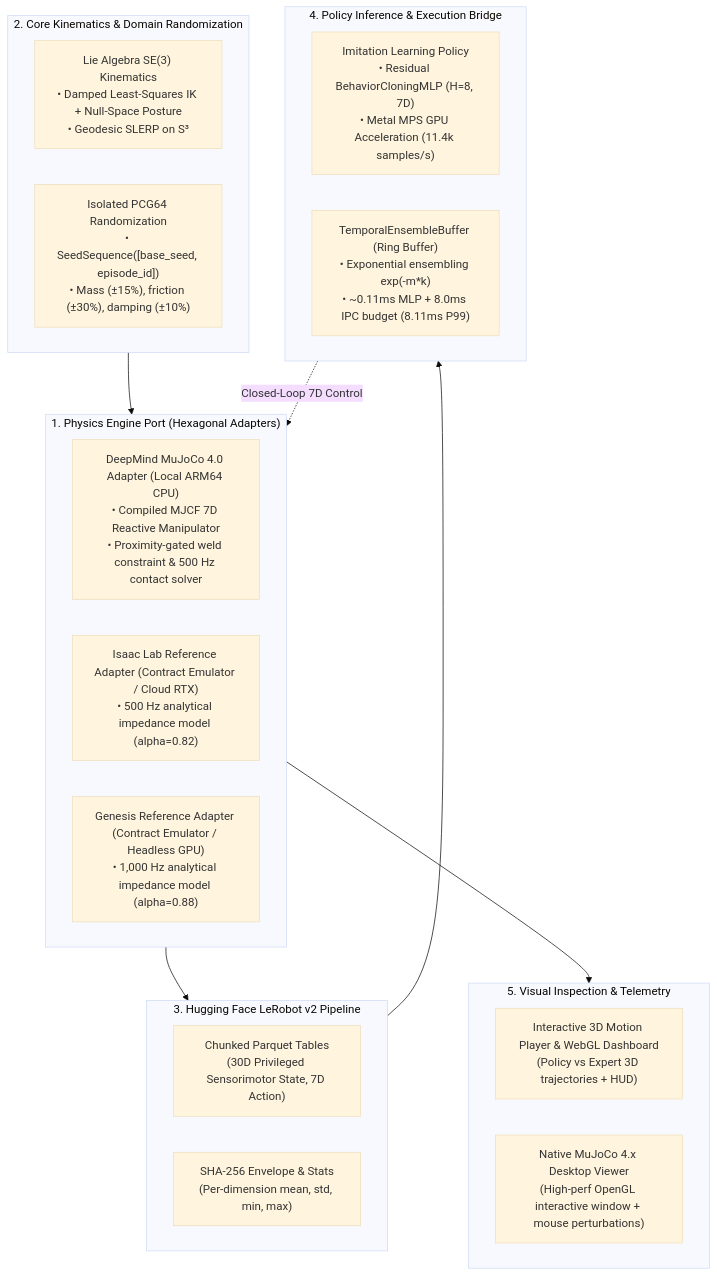
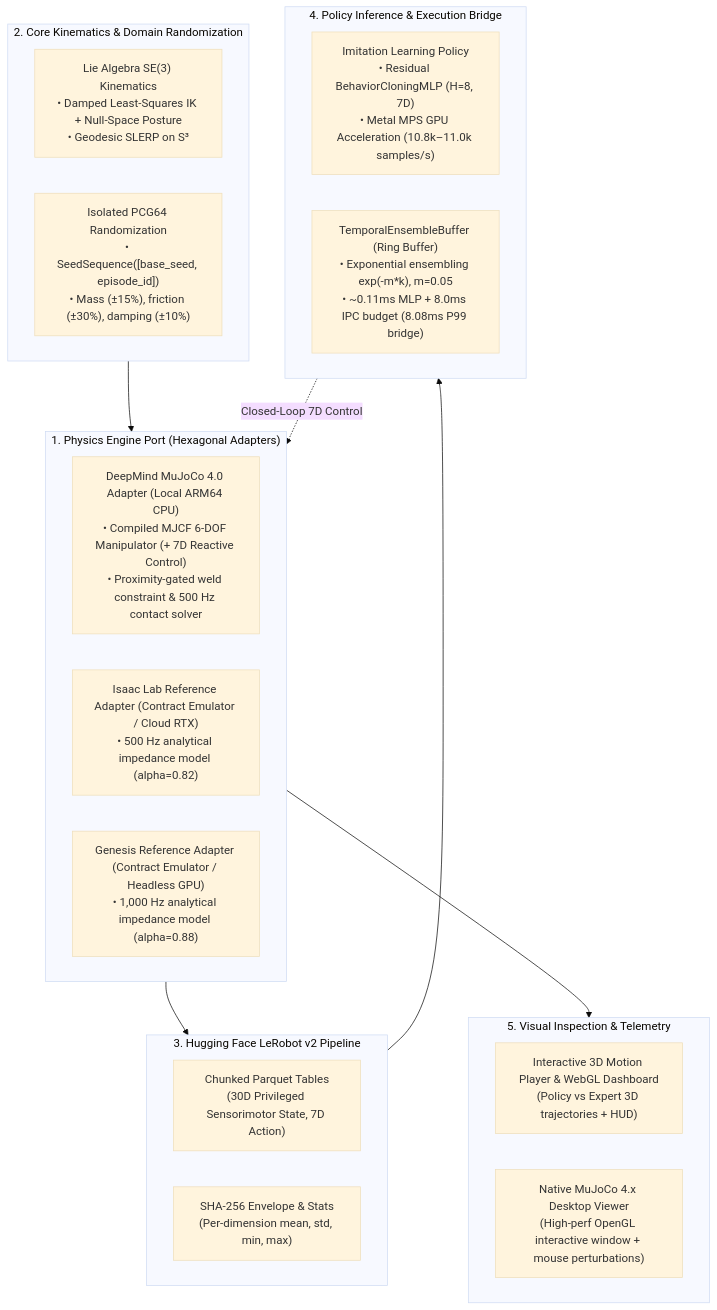
Before and after one commit to LeanoA/sim2real-data-engine: the diagram in ARTICLE_DRAFT.md, drawn with Mermaid (base theme). The commit also changed other lines of this file and 3 other files, not shown here.

````diff
--- a/ARTICLE_DRAFT.md
+++ b/ARTICLE_DRAFT.md
@@ -37,34 +37,34 @@
 ```mermaid
 flowchart TB
     subgraph Simulators["1. Physics Engine Port (Hexagonal Adapters)"]
-        M["DeepMind MuJoCo 4.0 Adapter (Local ARM64 CPU)<br/>• Compiled MJCF 7D Reactive Manipulator<br/>• Proximity-gated weld constraint & 500 Hz contact solver"]
+        M["DeepMind MuJoCo 4.0 Adapter (Local ARM64 CPU)<br/>• Compiled MJCF 6-DOF Manipulator (+ 7D Reactive Control)<br/>• Proximity-gated weld constraint & 500 Hz contact solver"]
         I["Isaac Lab Reference Adapter (Contract Emulator / Cloud RTX)<br/>• 500 Hz analytical impedance model (alpha=0.82)"]
         G["Genesis Reference Adapter (Contract Emulator / Headless GPU)<br/>• 1,000 Hz analytical impedance model (alpha=0.88)"]
     end
 
     subgraph Core["2. Core Kinematics & Domain Randomization"]
         K["Lie Algebra SE(3) Kinematics<br/>• Damped Least-Squares IK + Null-Space Posture<br/>• Geodesic SLERP on S³"]
         DR["Isolated PCG64 Randomization<br/>• SeedSequence([base_seed, episode_id])<br/>• Mass (±15%), friction (±30%), damping (±10%)"]
     end
 
     subgraph Export["3. Hugging Face LeRobot v2 Pipeline"]
         P["Chunked Parquet Tables<br/>(30D Privileged Sensorimotor State, 7D Action)"]
         S["SHA-256 Envelope & Stats<br/>(Per-dimension mean, std, min, max)"]
     end
 
     subgraph PolicyBridge["4. Policy Inference & Execution Bridge"]
-        ACT["Imitation Learning Policy<br/>• Residual BehaviorCloningMLP (H=8, 7D)<br/>• Metal MPS GPU Acceleration (11.4k samples/s)"]
-        BUF["TemporalEnsembleBuffer (Ring Buffer)<br/>• Exponential ensembling exp(-m*k)<br/>• ~0.11ms MLP + 8.0ms IPC budget (8.11ms P99)"]
+        ACT["Imitation Learning Policy<br/>• Residual BehaviorCloningMLP (H=8, 7D)<br/>• Metal MPS GPU Acceleration (10.8k–11.0k samples/s)"]
+        BUF["TemporalEnsembleBuffer (Ring Buffer)<br/>• Exponential ensembling exp(-m*k), m=0.05<br/>• ~0.11ms MLP + 8.0ms IPC budget (8.08ms P99 bridge)"]
     end
 
     subgraph Vis["5. Visual Inspection & Telemetry"]
         PLT["Interactive 3D Motion Player & WebGL Dashboard<br/>(Policy vs Expert 3D trajectories + HUD)"]
         GUI["Native MuJoCo 4.x Desktop Viewer<br/>(High-perf OpenGL interactive window + mouse perturbations)"]
     end
 
     Core --> Simulators
     Simulators --> Export
     Export --> PolicyBridge
     PolicyBridge -.->|"Closed-Loop 7D Control"| Simulators
     Simulators --> Vis
 ```
````
